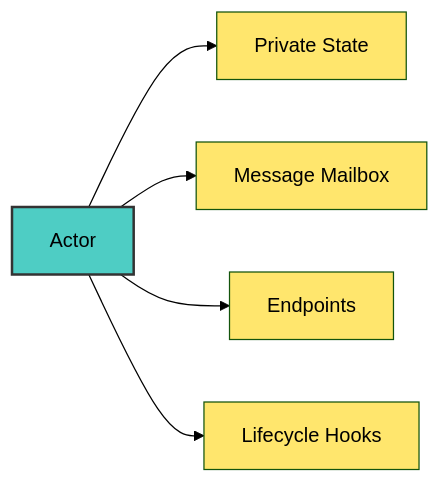
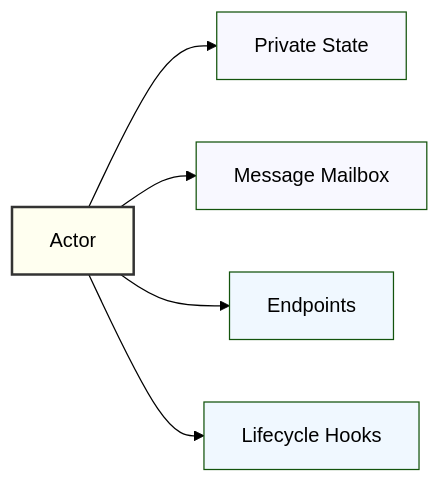
The first of 11 diagrams in docs/ACTORS.md (AlirezaShamsoshoara/monarch), drawn with Mermaid (forest theme) before and after one commit. The commit also changed 3 other files, not shown here.

````diff
--- a/docs/ACTORS.md
+++ b/docs/ACTORS.md
@@ -33,13 +33,13 @@
 ```mermaid
 graph LR
     A[Actor] --> B[Private State]
     A --> C[Message Mailbox]
     A --> D[Endpoints]
     A --> E[Lifecycle Hooks]
 
-    style A fill:#4ecdc4,stroke:#333,stroke-width:2px
-    style B fill:#ffe66d
-    style C fill:#ffe66d
-    style D fill:#ffe66d
-    style E fill:#ffe66d
+    style A fill:#FFFFF0,stroke:#333,stroke-width:2px
+    style B fill:#F8F8FF
+    style C fill:#F8F8FF
+    style D fill:#F0F8FF
+    style E fill:#F0F8FF
 ```
````
